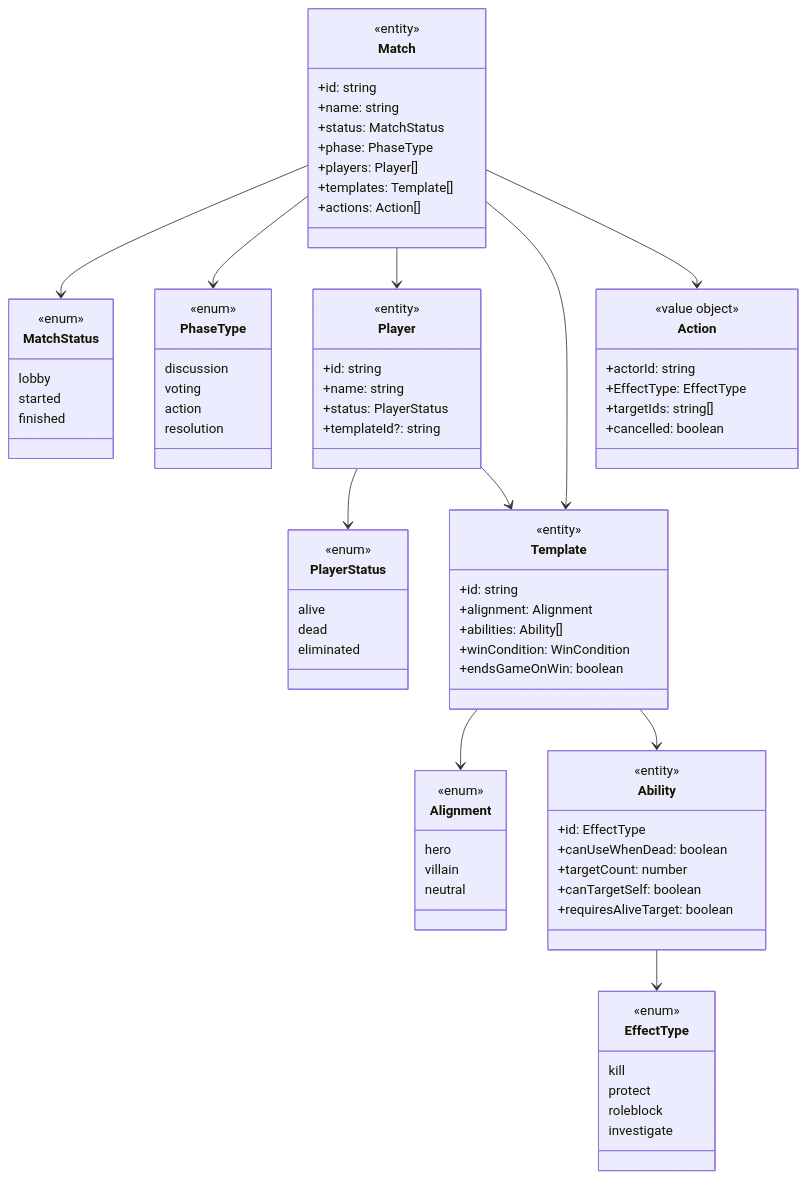
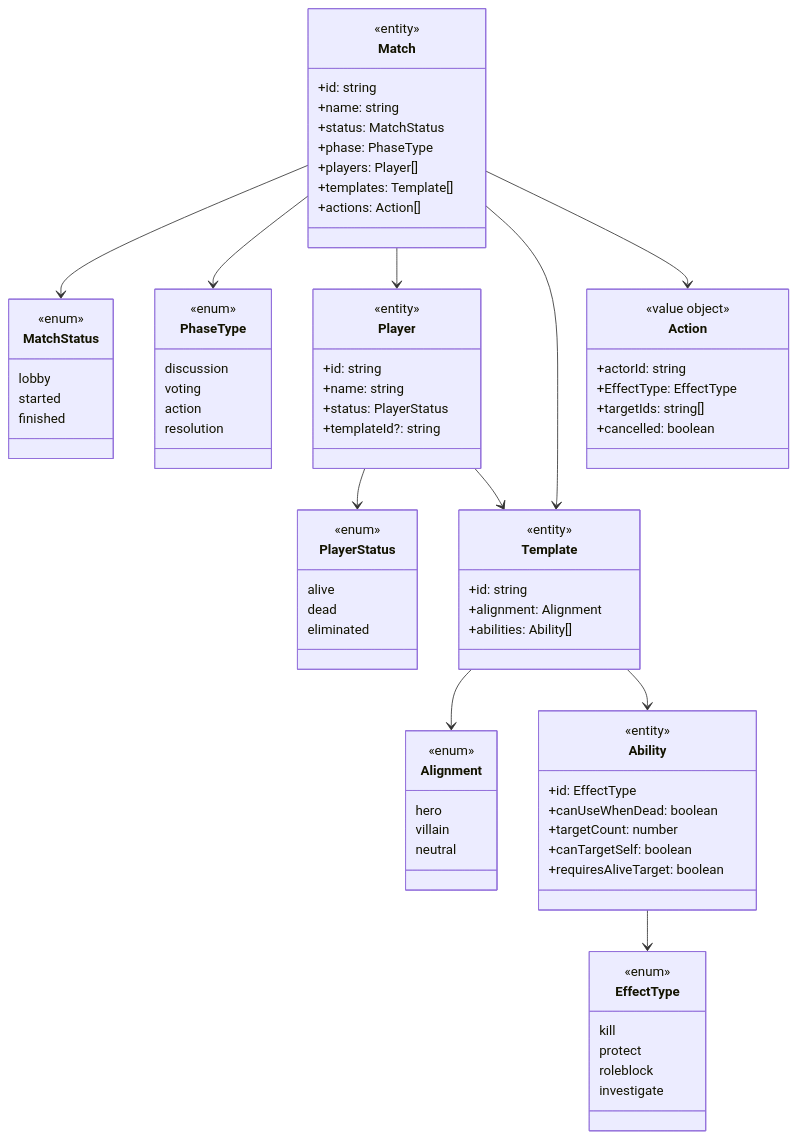
One commit to MohamedAljoke/social-deduction-game changed the first of 3 diagrams in backend/docs/architecture.md. Above: the diagram before and after it, drawn with Mermaid. The commit also changed 18 other files, not shown here.

Commit message:
big refactor on template win condition

```diff
--- a/backend/docs/architecture.md
+++ b/backend/docs/architecture.md
@@ -50,8 +50,6 @@
         +id: string
         +alignment: Alignment
         +abilities: Ability[]
-        +winCondition: WinCondition
-        +endsGameOnWin: boolean
     }
 
     class Alignment {
```
